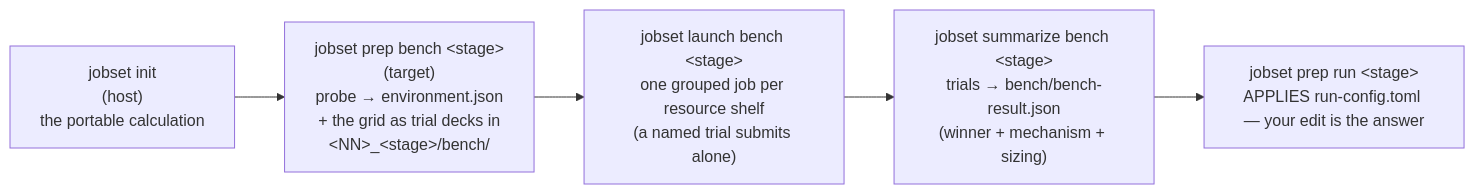
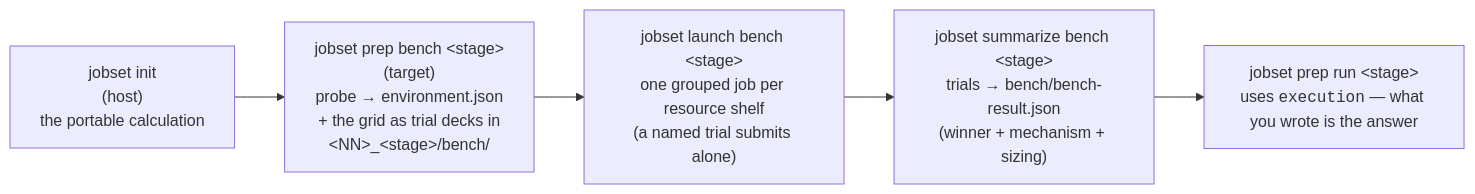
Before and after one commit to Qing-LAB/molbuilder: the ninth of 9 diagrams in docs/execution/job-system.md, drawn with Mermaid. The commit also changed other lines of this file and 28 other files, not shown here.

````diff
--- a/docs/execution/job-system.md
+++ b/docs/execution/job-system.md
@@ -1200,9 +1200,9 @@
 ```mermaid
 flowchart LR
     D["jobset init<br/>(host)<br/>the portable calculation"]
     P["jobset prep bench &lt;stage&gt;<br/>(target)<br/>probe → environment.json<br/>+ the grid as trial decks in<br/>&lt;NN&gt;_&lt;stage&gt;/bench/"]
     R["jobset launch bench &lt;stage&gt;<br/>one grouped job per resource shelf<br/>(a named trial submits alone)"]
     S["jobset summarize bench &lt;stage&gt;<br/>trials → bench/bench-result.json<br/>(winner + mechanism + sizing)"]
-    PR["jobset prep run &lt;stage&gt;<br/>APPLIES run-config.toml — your edit is the answer"]
+    PR["jobset prep run &lt;stage&gt;<br/>uses <code>execution</code> — what you wrote is the answer"]
     D --> P --> R --> S --> PR
 ```
````
